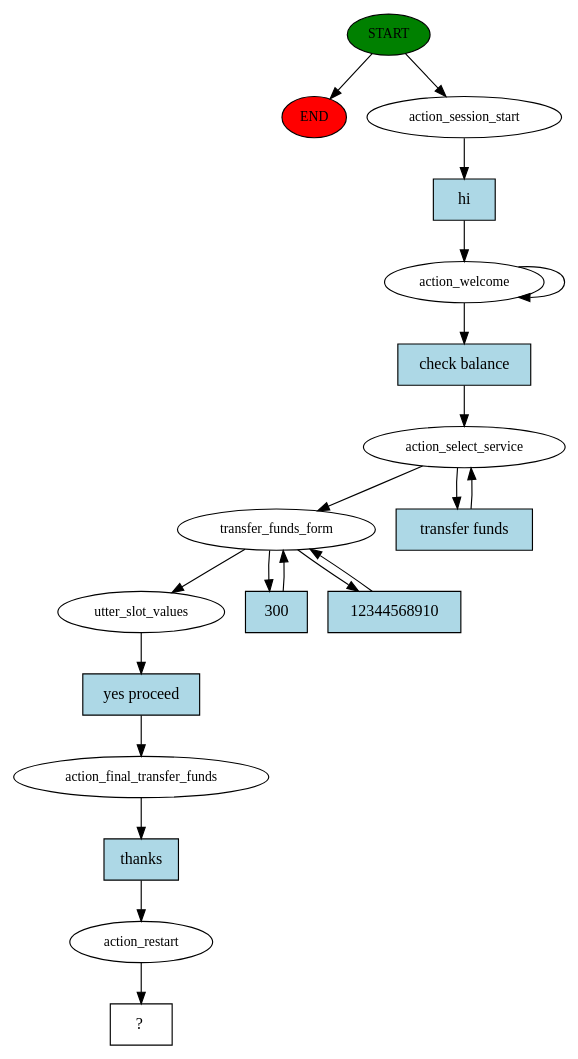
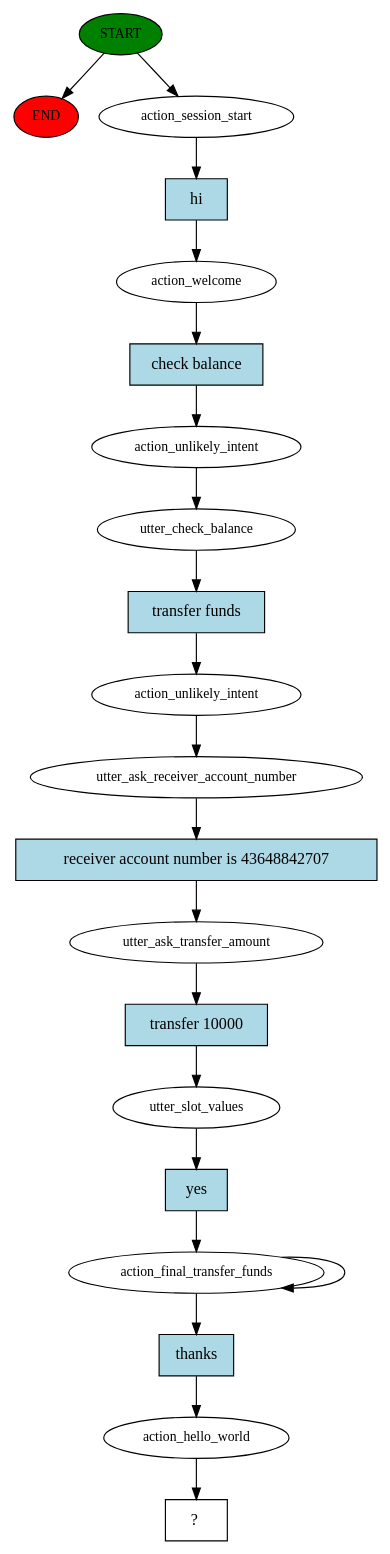
One commit to kritsid/Krishvi--adventure changed the diagram in story_graph.dot. Above: the diagram before and after it, drawn with Graphviz. The commit also changed 634 other files, not shown here.

```diff
--- a/story_graph.dot
+++ b/story_graph.dot
@@ -1,39 +1,42 @@
 digraph  {
 0 [class="start active", fillcolor=green, fontsize=12, label=START, style=filled];
 "-1" [class=end, fillcolor=red, fontsize=12, label=END, style=filled];
 1 [class=active, fontsize=12, label=action_session_start];
 2 [class=active, fontsize=12, label=action_welcome];
-9 [class=active, fontsize=12, label=action_select_service];
-11 [class=active, fontsize=12, label=transfer_funds_form];
-14 [class=active, fontsize=12, label=utter_slot_values];
-15 [class=active, fontsize=12, label=action_final_transfer_funds];
-16 [class=active, fontsize=12, label=action_restart];
-17 [class="intent dashed active", label="  ?  ", shape=rect];
-18 [class="intent active", fillcolor=lightblue, label=hi, shape=rect, style=filled];
-19 [class="intent active", fillcolor=lightblue, label="check balance", shape=rect, style=filled];
-20 [class="intent active", fillcolor=lightblue, label="transfer funds", shape=rect, style=filled];
-21 [class="intent active", fillcolor=lightblue, label=300, shape=rect, style=filled];
-22 [class="intent active", fillcolor=lightblue, label=12344568910, shape=rect, style=filled];
-23 [class="intent active", fillcolor=lightblue, label="yes proceed", shape=rect, style=filled];
-24 [class="intent active", fillcolor=lightblue, label=thanks, shape=rect, style=filled];
+3 [class=active, fontsize=12, label=action_unlikely_intent];
+4 [class=active, fontsize=12, label=utter_check_balance];
+5 [class=active, fontsize=12, label=action_unlikely_intent];
+6 [class=active, fontsize=12, label=utter_ask_receiver_account_number];
+7 [class=active, fontsize=12, label=utter_ask_transfer_amount];
+8 [class=active, fontsize=12, label=utter_slot_values];
+9 [class=active, fontsize=12, label=action_final_transfer_funds];
+18 [class=active, fontsize=12, label=action_hello_world];
+19 [class="intent dashed active", label="  ?  ", shape=rect];
+20 [class="intent active", fillcolor=lightblue, label=hi, shape=rect, style=filled];
+21 [class="intent active", fillcolor=lightblue, label="check balance", shape=rect, style=filled];
+22 [class="intent active", fillcolor=lightblue, label="transfer funds", shape=rect, style=filled];
+23 [class="intent active", fillcolor=lightblue, label="receiver account number is 43648842707", shape=rect, style=filled];
+24 [class="intent active", fillcolor=lightblue, label="transfer 10000", shape=rect, style=filled];
+25 [class="intent active", fillcolor=lightblue, label=yes, shape=rect, style=filled];
+26 [class="intent active", fillcolor=lightblue, label=thanks, shape=rect, style=filled];
 0 -> "-1"  [class="", key=NONE, label=""];
 0 -> 1  [class=active, key=NONE, label=""];
-1 -> 18  [class=active, key=0];
-2 -> 2  [class=active, key=NONE, label=""];
-2 -> 19  [class=active, key=0];
-9 -> 11  [class=active, key=NONE, label=""];
-9 -> 20  [class=active, key=0];
-11 -> 14  [class=active, key=NONE, label=""];
-11 -> 21  [class=active, key=0];
-11 -> 22  [class=active, key=0];
-14 -> 23  [class=active, key=0];
-15 -> 24  [class=active, key=0];
-16 -> 17  [class=active, key=NONE, label=""];
-18 -> 2  [class=active, key=0];
-19 -> 9  [class=active, key=0];
-20 -> 9  [class=active, key=0];
-21 -> 11  [class=active, key=0];
-22 -> 11  [class=active, key=0];
-23 -> 15  [class=active, key=0];
-24 -> 16  [class=active, key=0];
+1 -> 20  [class=active, key=0];
+2 -> 21  [class=active, key=0];
+3 -> 4  [class=active, key=NONE, label=""];
+4 -> 22  [class=active, key=0];
+5 -> 6  [class=active, key=NONE, label=""];
+6 -> 23  [class=active, key=0];
+7 -> 24  [class=active, key=0];
+8 -> 25  [class=active, key=0];
+9 -> 9  [class=active, key=NONE, label=""];
+9 -> 26  [class=active, key=0];
+18 -> 19  [class=active, key=NONE, label=""];
+20 -> 2  [class=active, key=0];
+21 -> 3  [class=active, key=0];
+22 -> 5  [class=active, key=0];
+23 -> 7  [class=active, key=0];
+24 -> 8  [class=active, key=0];
+25 -> 9  [class=active, key=0];
+26 -> 18  [class=active, key=0];
 }
```
